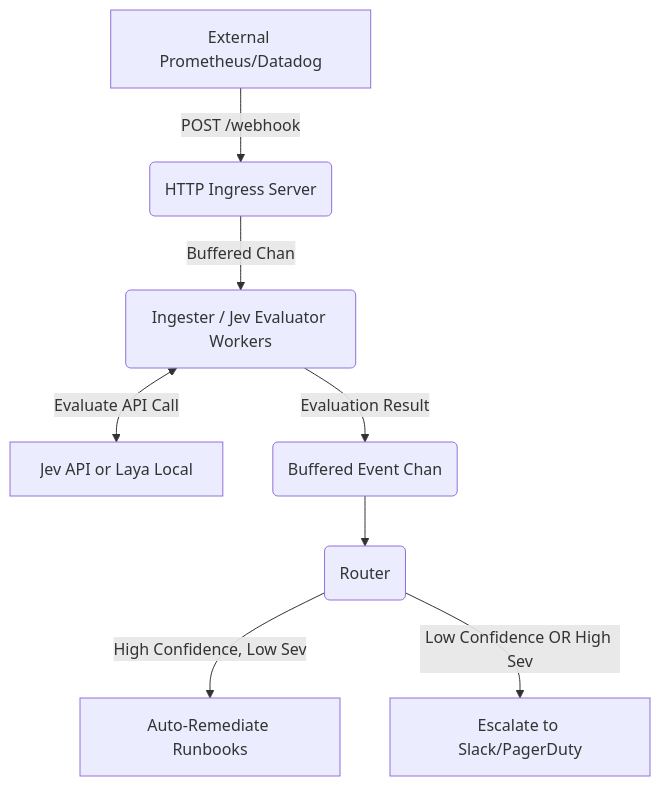
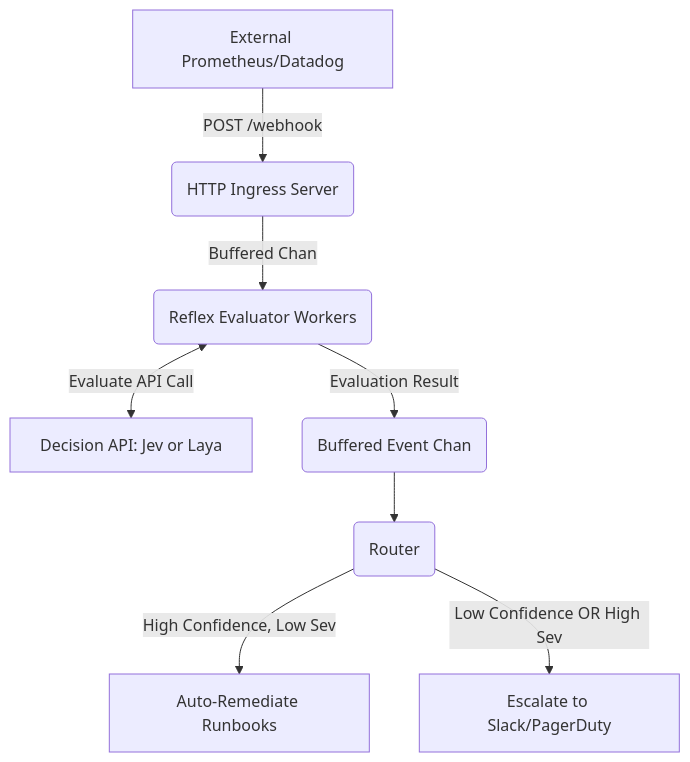
Before and after one commit to dimpu47/Reflex: the diagram in README.md, drawn with Mermaid.

Commit message:
Update diagram to reflect Reflex and Decision APIs

````diff
--- a/README.md
+++ b/README.md
@@ -11,10 +11,10 @@
 ```mermaid
 graph TD
     A[External Prometheus/Datadog] -->|POST /webhook| B(HTTP Ingress Server)
-    B -->|Buffered Chan| C(Ingester / Jev Evaluator Workers)
-    C <-->|Evaluate API Call| Z[Jev API or Laya Local]
+    B -->|Buffered Chan| C(Reflex Evaluator Workers)
+    C <-->|Evaluate API Call| Z[Decision API: Jev or Laya]
     C -->|Evaluation Result| D(Buffered Event Chan)
     D --> E(Router)
     E -->|High Confidence, Low Sev| F[Auto-Remediate Runbooks]
     E -->|Low Confidence OR High Sev| G[Escalate to Slack/PagerDuty]
 ```
````
